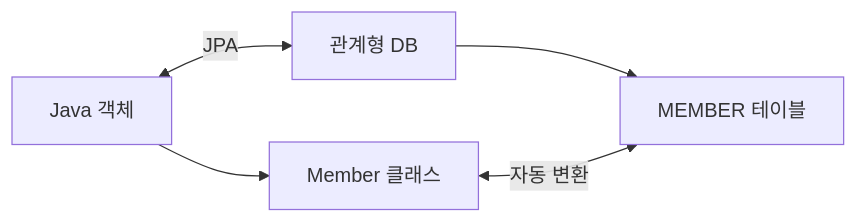
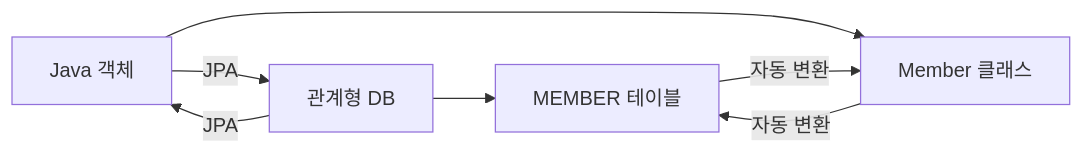
One commit to yjkim2015/yjkim2015.github.io changed the second of 4 diagrams in _posts/spring/2026-05-02-spring-db-2.md. Above: the diagram before and after it, drawn with Mermaid. The commit also changed 38 other files, not shown here.

First line of the commit message:
Mermaid 파싱 에러 최종 수정 + 화살표 간격 확대

````diff
--- a/_posts/spring/2026-05-02-spring-db-2.md
+++ b/_posts/spring/2026-05-02-spring-db-2.md
@@ -329,7 +329,9 @@
 ```mermaid
 graph LR
-    A["Java 객체"] <-->|JPA| B["관계형 DB"]
+    A["Java 객체"] -->|JPA| B["관계형 DB"]
+    B["관계형 DB"] -->|JPA| A["Java 객체"]
     A --> C["Member 클래스"]
     B --> D["MEMBER 테이블"]
-    C <-->|"자동 변환"| D
+    C -->|"자동 변환"| D
+    D -->|"자동 변환"| C
 ```
````
